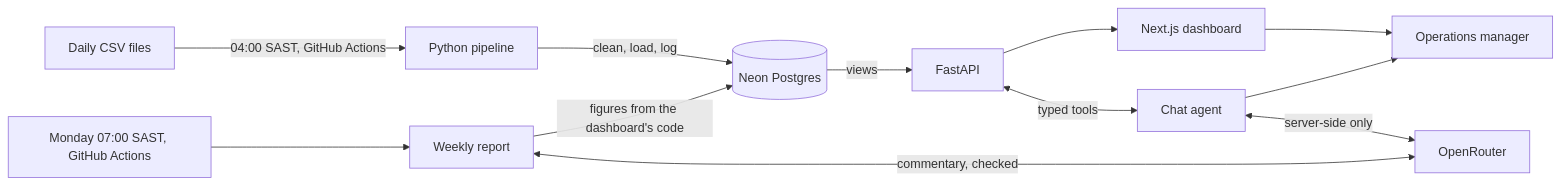
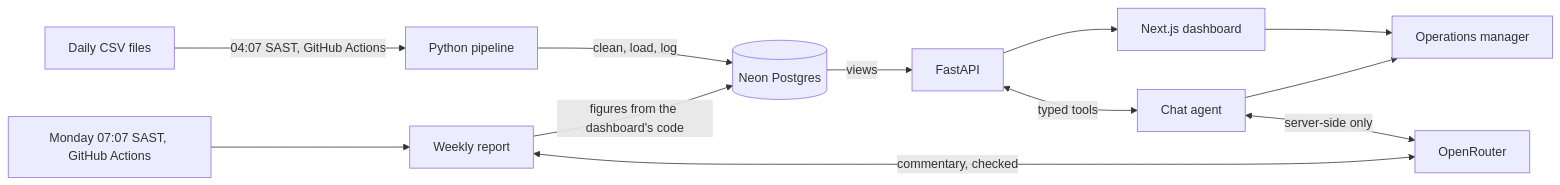
One commit to Murci20965/ridgeback-fleet changed the diagram in README.md. Above: the diagram before and after it, drawn with Mermaid. The commit also changed other lines of this file and 6 other files, not shown here.

First line of the commit message:
Show the new schedule times on the report page, README and diagram

````diff
--- a/README.md
+++ b/README.md
@@ -35,14 +35,14 @@
 ```mermaid
 flowchart LR
-    A[Daily CSV files] -->|04:00 SAST, GitHub Actions| B[Python pipeline]
+    A[Daily CSV files] -->|04:07 SAST, GitHub Actions| B[Python pipeline]
     B -->|clean, load, log| C[(Neon Postgres)]
     C -->|views| D[FastAPI]
     D --> E[Next.js dashboard]
     D <-->|typed tools| F[Chat agent]
     F <-->|server-side only| G[OpenRouter]
     E --> H[Operations manager]
     F --> H
-    I[Monday 07:00 SAST, GitHub Actions] --> J[Weekly report]
+    I[Monday 07:07 SAST, GitHub Actions] --> J[Weekly report]
     J -->|figures from the dashboard's code| C
     J <-->|commentary, checked| G
 ```
````
